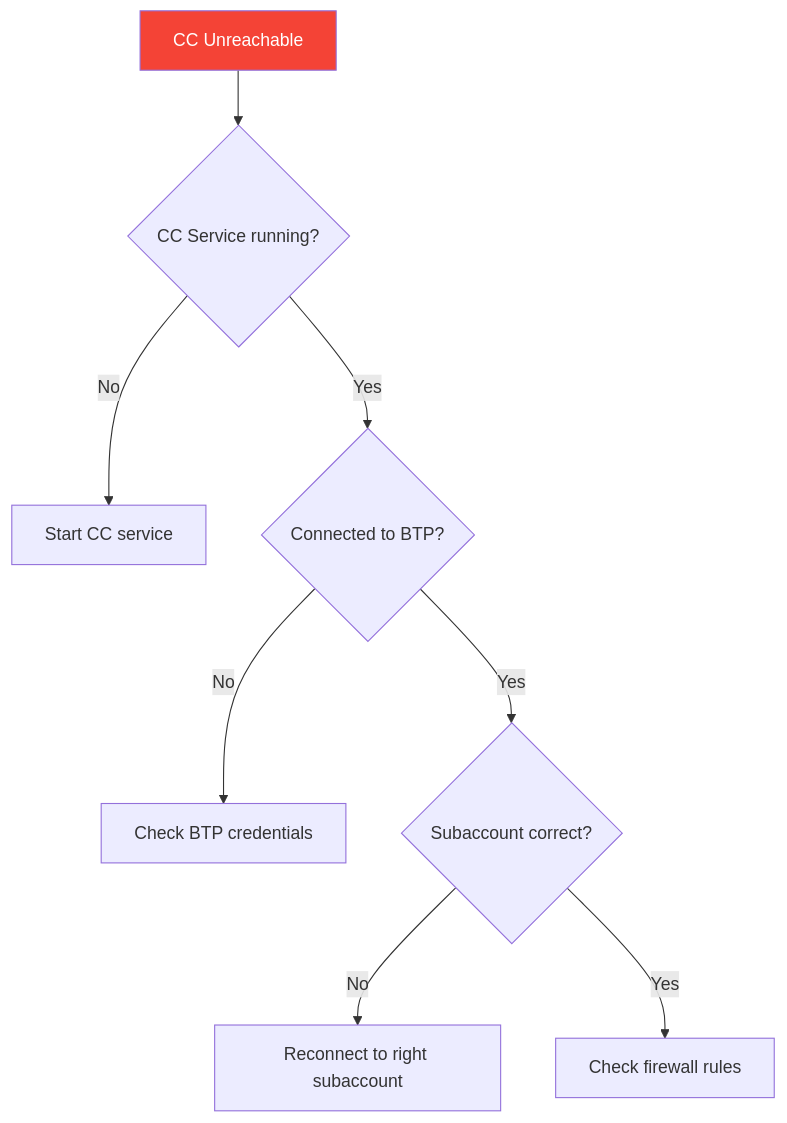
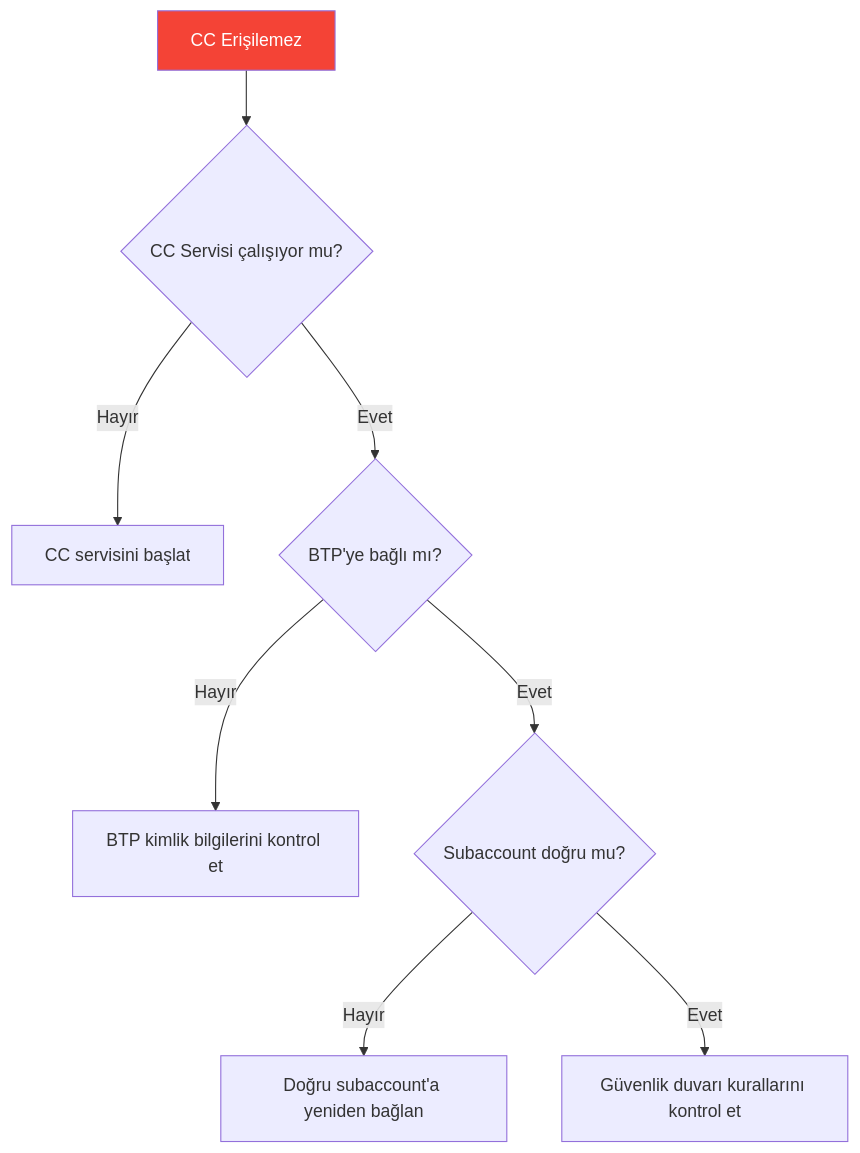
Before and after one commit to beyhanmeyrali/sap-all: the seventh of 9 diagrams in Technical Tutorials/BTP/TR/chapters/appendix-d-troubleshooting.md, drawn with Mermaid. The commit also changed other lines of this file and 11 other files, not shown here.

````diff
--- a/Technical Tutorials/BTP/TR/chapters/appendix-d-troubleshooting.md
+++ b/Technical Tutorials/BTP/TR/chapters/appendix-d-troubleshooting.md
@@ -284,12 +284,12 @@
 ```mermaid
 flowchart TD
-    PROB[CC Unreachable] --> C1{CC Service running?}
-    C1 --> |"No"| F1[Start CC service]
-    C1 --> |"Yes"| C2{Connected to BTP?}
-    C2 --> |"No"| F2[Check BTP credentials]
-    C2 --> |"Yes"| C3{Subaccount correct?}
-    C3 --> |"No"| F3[Reconnect to right subaccount]
-    C3 --> |"Yes"| F4[Check firewall rules]
+    PROB[CC Erişilemez] --> C1{CC Servisi çalışıyor mu?}
+    C1 --> |"Hayır"| F1[CC servisini başlat]
+    C1 --> |"Evet"| C2{BTP'ye bağlı mı?}
+    C2 --> |"Hayır"| F2[BTP kimlik bilgilerini kontrol et]
+    C2 --> |"Evet"| C3{Subaccount doğru mu?}
+    C3 --> |"Hayır"| F3[Doğru subaccount'a yeniden bağlan]
+    C3 --> |"Evet"| F4[Güvenlik duvarı kurallarını kontrol et]
 
     style PROB fill:#f44336,color:white
 ```
````
